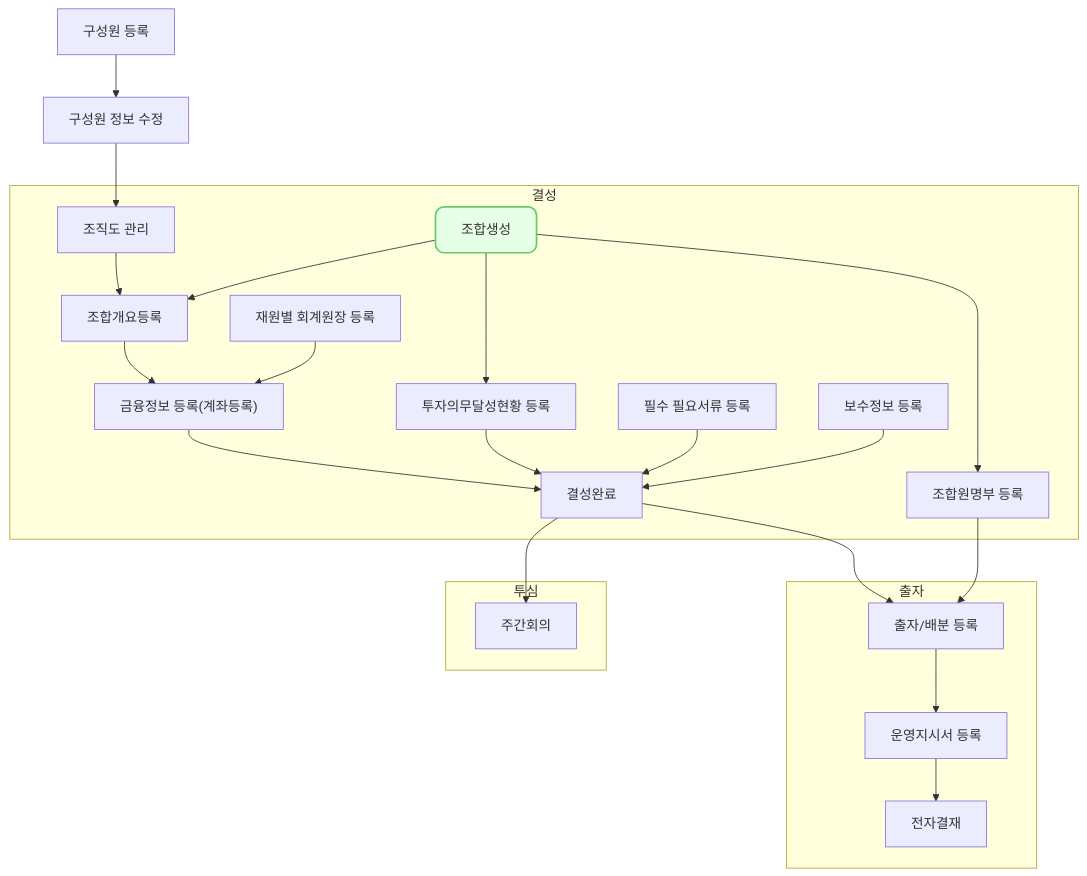
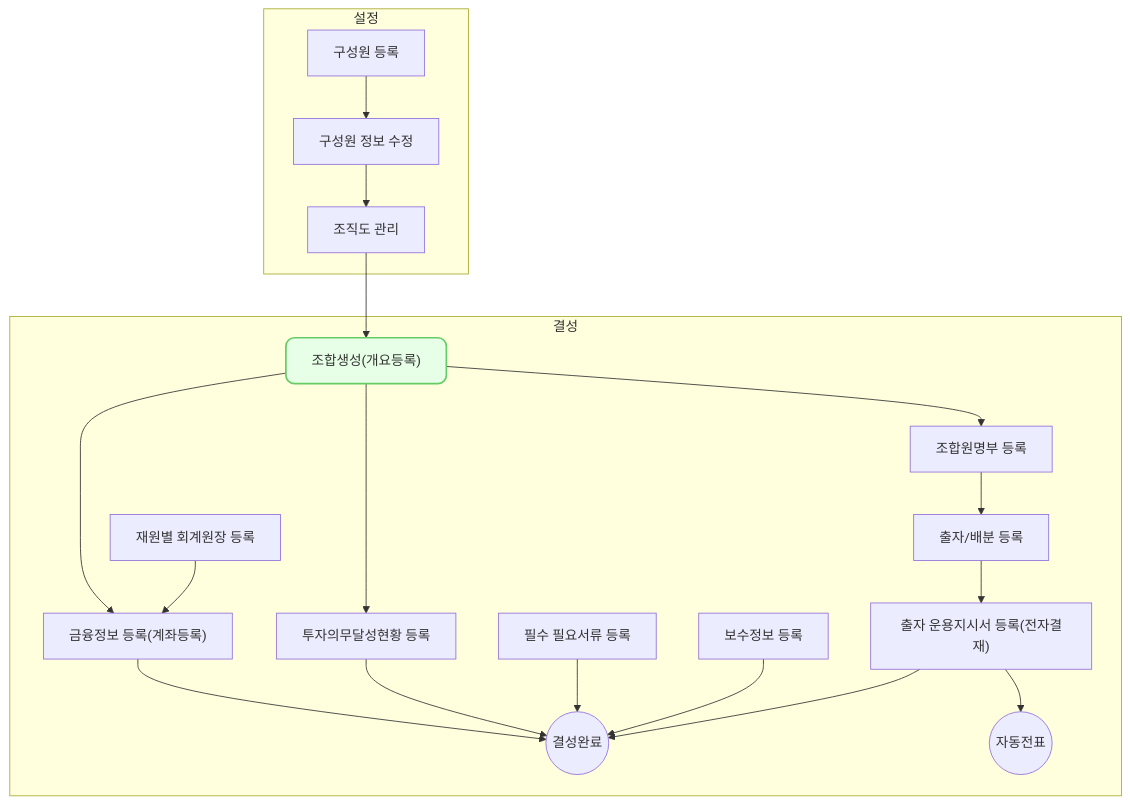
The diagram in _posts/2024-07-04-fd0001.md (cotes2020/jekyll-theme-chirpy), drawn with Mermaid before and after one commit. The commit also changed 11 other files, not shown here.

Commit message:
다이어그램 일괄수정 중간 저장

````diff
--- a/_posts/2024-07-04-fd0001.md
+++ b/_posts/2024-07-04-fd0001.md
@@ -51,71 +51,82 @@
 ```mermaid
 flowchart TD
 
+    subgraph 설정["설정"]
         hr0001["구성원 등록"]
         hr0002["구성원 정보 수정"]
         hr0007["조직도 관리"]
 
         hr0001 --> hr0002
-        hr0002 --> hr0007
+        hr0002 --> hr0007    
+    end
+    hr0007 --> fd0001
 
     subgraph 결성["결성"]
-        fd0001["조합생성"]
-        fd0009["조합개요등록"]
+        fd0001["조합생성(개요등록)"]
+        %% fd0009["조합개요등록"]
         fd0010["투자의무달성현황 등록"]
         fd0011["조합원명부 등록"]
         fm0010["재원별 회계원장 등록"]
         fd0009a["금융정보 등록(계좌등록)"]
         fd0013["필수 필요서류 등록"]
         fd0012["보수정보 등록"]
-        fd0000["결성완료"]
+        fd0000(("결성완료"))
 
-        hr0007 --> fd0009
-        fd0001 --> fd0009
+        
+        %% fd0001 --> fd0001
         fd0001 --> fd0010
         fd0001 --> fd0011 
-        fd0009 --> fd0009a 
+        fd0001 --> fd0009a 
         fm0010 --> fd0009a
 
 
         fd0009a-->fd0000
         fd0010-->fd0000
         fd0013-->fd0000
         fd0012-->fd0000
-    end
 
-    subgraph 출자["출자"]
         fd0006["출자/배분 등록"]
-        oi0002["운영지시서 등록"]
-        ed0001["전자결재"]
+        oi0002["출자 운용지시서 등록(전자결재)"]
+        fm0001a(("자동전표"))
 
-        fd0000 --> fd0006
+        %% fd0000 --> fd0006
         fd0011 --> fd0006
-        fd0006 --> oi0002 --> ed0001
+        fd0006 --> oi0002 
+        oi0002 --> fm0001a
+        oi0002 --> fd0000
 
     end
 
-    subgraph 투자심의["투심"]
-        wr0003["주간회의"]
-        fd0000 --> wr0003
 
-    end
-
-    %% 셋팅 --> 결성
-    
 click hr0001 "{% post_url 2024-07-02-hr0001 %}" " "
 click hr0002 "{% post_url 2024-07-02-hr0002 %}" " "
 click hr0007 "{% post_url 2024-07-02-hr0007 %}" " "
 click se0005 "{% post_url 2024-07-02-se0005 %}" " "
 click se0003 "{% post_url 2024-07-03-se0003 %}" " "
 click fd0001 "{% post_url 2024-07-04-fd0001 %}" " "
 click fd0010 "{% post_url 2024-07-04-fd0010 %}" " "
 click fd0011 "{% post_url 2024-07-04-fd0011 %}" " "
 click fm0010 "{% post_url 2024-07-04-fm0010 %}" " "
 click fd0009a "{% post_url 2024-07-05-fd0009a %}" " "
 click fd0013 "{% post_url 2024-07-05-fd0013 %}" " "
 click fd0012 "{% post_url 2024-07-06-fd0012 %}" " "
 click fd0006 "{% post_url 2024-07-07-fd0006 %}" " "
 click oi0002 "{% post_url 2024-07-07-oi0002 %}" " "
+click wr0003 "{% post_url 2024-07-09-wr0003 %}" " "
+click vs0003 "{% post_url 2024-07-10-vs0003 %}" " "
+click vs0006 "{% post_url 2024-07-11-vs0006 %}" " "
+click ed0001a "{% post_url 2024-07-12-ed0001a %}" " "
+click oi0003 "{% post_url 2024-07-13-oi0003 %}" " "
+click vs0009 "{% post_url 2024-07-14-vs0009 %}" " "
+click pm0001 "{% post_url 2024-07-15-pm0001 %}" " "
+click pm0004 "{% post_url 2024-07-16-pm0004 %}" " "
+click fm0002 "{% post_url 2024-07-17-fm0002 %}" " "
+click ex0001 "{% post_url 2024-07-18-ex0001 %}" " "
+click oi0001 "{% post_url 2024-07-19-oi0001 %}" " "
+click ex0007 "{% post_url 2024-07-20-ex0007 %}" " "
+click ex0009 "{% post_url 2024-07-21-ex0009 %}" " "
+click ex0009a "{% post_url 2024-07-22-ex0009 %}" " "
+click fm0002a "{% post_url 2024-07-23-fm0002 %}" " "
 
 style fd0001 fill:#e6ffe6,stroke:#66cc66,stroke-width:2px,rx:10,ry:10,color:#333333,fontColor:#333333
 ```
````
